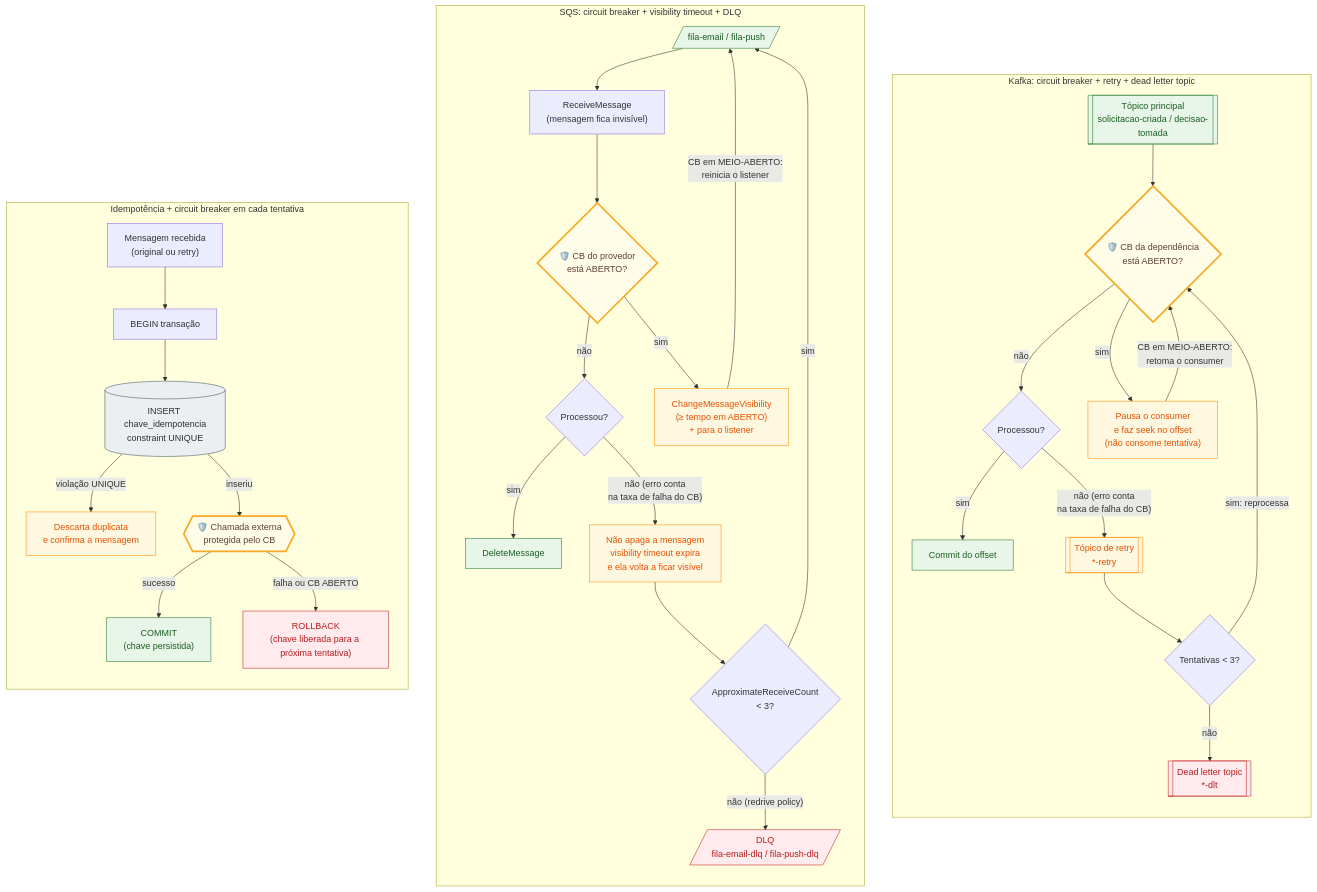
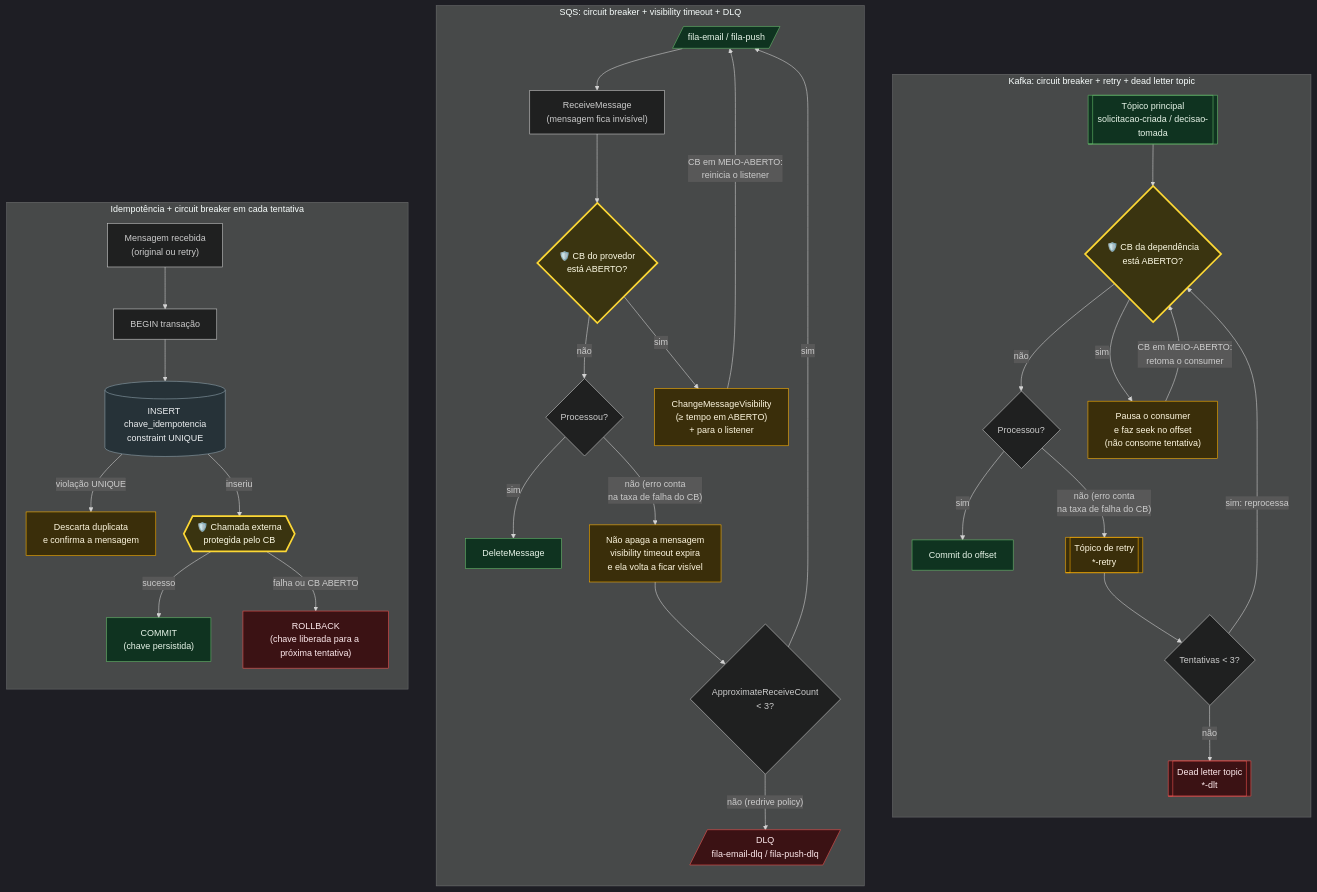
One commit to rafaelzucon/fluxo-de-credito changed the diagram in docs/falhas.mmd. Above: the diagram before and after it, drawn with Mermaid. The commit also changed 12 other files, not shown here.

```diff
--- a/docs/falhas.mmd
+++ b/docs/falhas.mmd
@@ -1,64 +1,65 @@
+%%{init: {"theme": "dark"}}%%
 flowchart TB
-    classDef ok fill:#E8F5E9,stroke:#2E7D32,color:#1B5E20
-    classDef warn fill:#FFF8E1,stroke:#FF8F00,color:#E65100
-    classDef err fill:#FFEBEE,stroke:#C62828,color:#B71C1C
-    classDef db fill:#ECEFF1,stroke:#455A64,color:#263238
-    classDef cb fill:#FFFDE7,stroke:#F9A825,stroke-width:3px,color:#5D4037
+    classDef ok fill:#0F3320,stroke:#66BB6A,color:#E8F5E9
+    classDef warn fill:#3A2E0A,stroke:#FFB300,color:#FFF8E1
+    classDef err fill:#3B1214,stroke:#EF5350,color:#FFEBEE
+    classDef db fill:#263238,stroke:#90A4AE,color:#ECEFF1
+    classDef cb fill:#3A3410,stroke:#FDD835,stroke-width:3px,color:#FFFDE7
 
     subgraph K["Kafka: circuit breaker + retry + dead letter topic"]
         direction TB
         K1[["Tópico principal<br/>solicitacao-criada / decisao-tomada"]]:::ok
         KCB{"🛡️ CB da dependência<br/>está ABERTO?"}:::cb
         KP["Pausa o consumer<br/>e faz seek no offset<br/>(não consome tentativa)"]:::warn
         K2{"Processou?"}
         K3["Commit do offset"]:::ok
         K4[["Tópico de retry<br/>*-retry"]]:::warn
         K5{"Tentativas < 3?"}
         K6[["Dead letter topic<br/>*-dlt"]]:::err
         K1 --> KCB
         KCB -- "não" --> K2
         KCB -- "sim" --> KP
         KP -- "CB em MEIO-ABERTO:<br/>retoma o consumer" --> KCB
         K2 -- "sim" --> K3
         K2 -- "não (erro conta<br/>na taxa de falha do CB)" --> K4
         K4 --> K5
         K5 -- "sim: reprocessa" --> KCB
         K5 -- "não" --> K6
     end
 
     subgraph S["SQS: circuit breaker + visibility timeout + DLQ"]
         direction TB
         S1[/"fila-email / fila-push"/]:::ok
         S2["ReceiveMessage<br/>(mensagem fica invisível)"]
         SCB{"🛡️ CB do provedor<br/>está ABERTO?"}:::cb
         SP["ChangeMessageVisibility<br/>(≥ tempo em ABERTO)<br/>+ para o listener"]:::warn
         S3{"Processou?"}
         S4["DeleteMessage"]:::ok
         S5["Não apaga a mensagem<br/>visibility timeout expira<br/>e ela volta a ficar visível"]:::warn
         S6{"ApproximateReceiveCount<br/>< 3?"}
         S7[/"DLQ<br/>fila-email-dlq / fila-push-dlq"/]:::err
         S1 --> S2 --> SCB
         SCB -- "não" --> S3
         SCB -- "sim" --> SP
         SP -- "CB em MEIO-ABERTO:<br/>reinicia o listener" --> S1
         S3 -- "sim" --> S4
         S3 -- "não (erro conta<br/>na taxa de falha do CB)" --> S5 --> S6
         S6 -- "sim" --> S1
         S6 -- "não (redrive policy)" --> S7
     end
 
     subgraph I["Idempotência + circuit breaker em cada tentativa"]
         direction TB
         I1["Mensagem recebida<br/>(original ou retry)"]
         I0["BEGIN transação"]
         I2[("INSERT chave_idempotencia<br/>constraint UNIQUE")]:::db
         I4["Descarta duplicata<br/>e confirma a mensagem"]:::warn
         ICB{{"🛡️ Chamada externa<br/>protegida pelo CB"}}:::cb
         I3["COMMIT<br/>(chave persistida)"]:::ok
         I5["ROLLBACK<br/>(chave liberada para a próxima tentativa)"]:::err
         I1 --> I0 --> I2
         I2 -- "violação UNIQUE" --> I4
         I2 -- "inseriu" --> ICB
         ICB -- "sucesso" --> I3
         ICB -- "falha ou CB ABERTO" --> I5
     end
```
